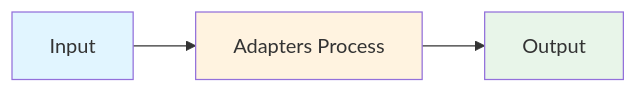
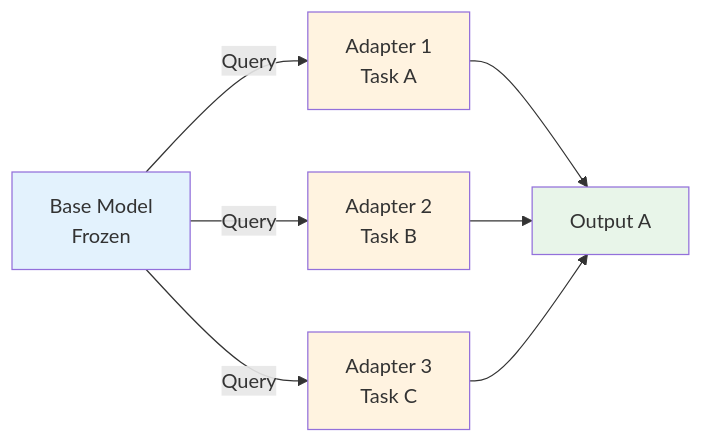
Before and after one commit to souradeepta/interviewprep-ai: the first of 2 diagrams in llm/concepts/adapters.md, drawn with Mermaid. The commit also changed other lines of this file and 10 other files, not shown here.

First line of the commit message:
feat: add enhancement script and upgrade 8 key concepts with real Q&A, Mermaid diagrams, real-world examples

````diff
--- a/llm/concepts/adapters.md
+++ b/llm/concepts/adapters.md
@@ -53,9 +53,15 @@
 ```mermaid
 graph LR
-    A["Input"] --> B["Adapters Process"]
-    B --> C["Output"]
+    A["Base Model<br/>Frozen"] -->|Query| B["Adapter 1<br/>Task A"]
+    A -->|Query| C["Adapter 2<br/>Task B"]
+    A -->|Query| D["Adapter 3<br/>Task C"]
+    B --> E["Output A"]
+    C --> E
+    D --> E
 
-    style A fill:#e1f5ff
+    style A fill:#e3f2fd
     style B fill:#fff3e0
-    style C fill:#e8f5e9
+    style C fill:#fff3e0
+    style D fill:#fff3e0
+    style E fill:#e8f5e9
 ```
````
